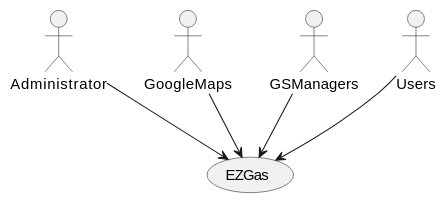
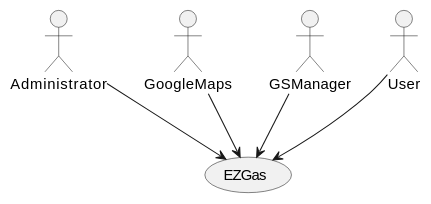
Before and after one commit to SoftengPoliTo/Lab2: the first of 3 diagrams in REQ_s269731.md, drawn with PlantUML. The commit also changed other lines of this file, not shown here.

````diff
--- a/REQ_s269731.md
+++ b/REQ_s269731.md
@@ -50,15 +60,15 @@
 ```plantuml
 @startuml
 
 actor Administrator
 actor GoogleMaps
-actor GSManagers
-actor Users
+actor GSManager
+actor User
 
 Administrator --> (EZGas)
 GoogleMaps --> (EZGas)
-GSManagers --> (EZGas)
-Users --> (EZGas)
+GSManager --> (EZGas)
+User --> (EZGas)
 
 @enduml
 ```
````
